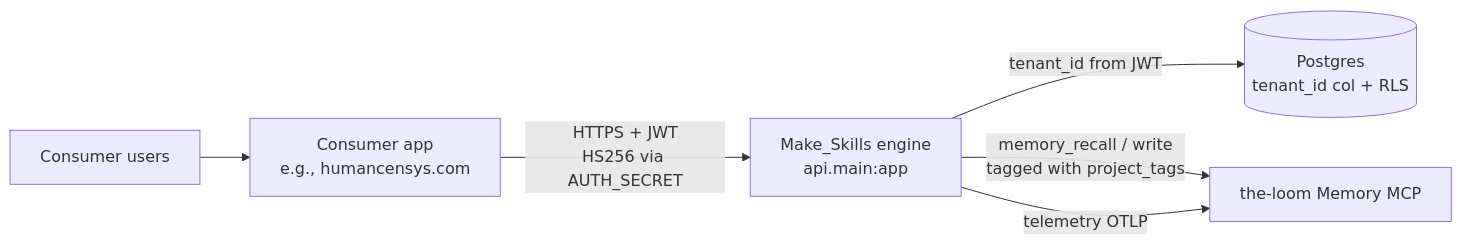
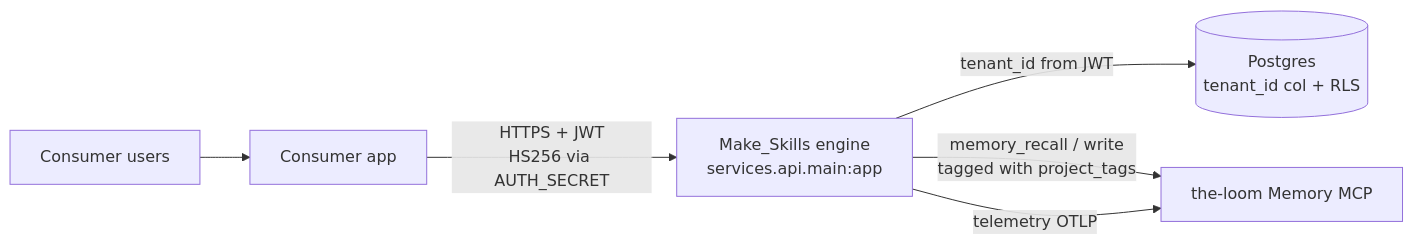
One commit to Lizo-RoadTown/Make_Skills changed the second of 3 diagrams in ARCHITECTURE.md. Above: the diagram before and after it, drawn with Mermaid. The commit also changed other lines of this file and 55 other files, not shown here.

````diff
--- a/ARCHITECTURE.md
+++ b/ARCHITECTURE.md
@@ -64,8 +64,8 @@
 ```mermaid
 flowchart LR
-    U[Consumer users] --> C[Consumer app<br/>e.g., humancensys.com]
-    C -- "HTTPS + JWT<br/>HS256 via AUTH_SECRET" --> E[Make_Skills engine<br/>api.main:app]
+    U[Consumer users] --> C[Consumer app]
+    C -- "HTTPS + JWT<br/>HS256 via AUTH_SECRET" --> E[Make_Skills engine<br/>services.api.main:app]
     E -- "tenant_id from JWT" --> DB[(Postgres<br/>tenant_id col + RLS)]
     E -- "memory_recall / write<br/>tagged with project_tags" --> L[the-loom Memory MCP]
     E -- "telemetry OTLP" --> L
 ```
````
